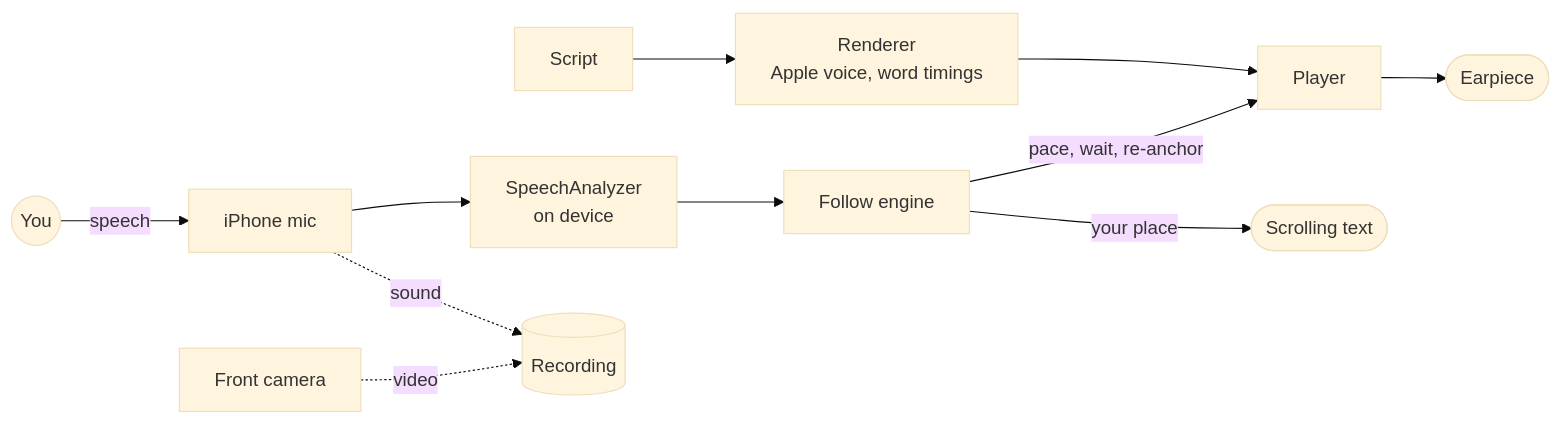
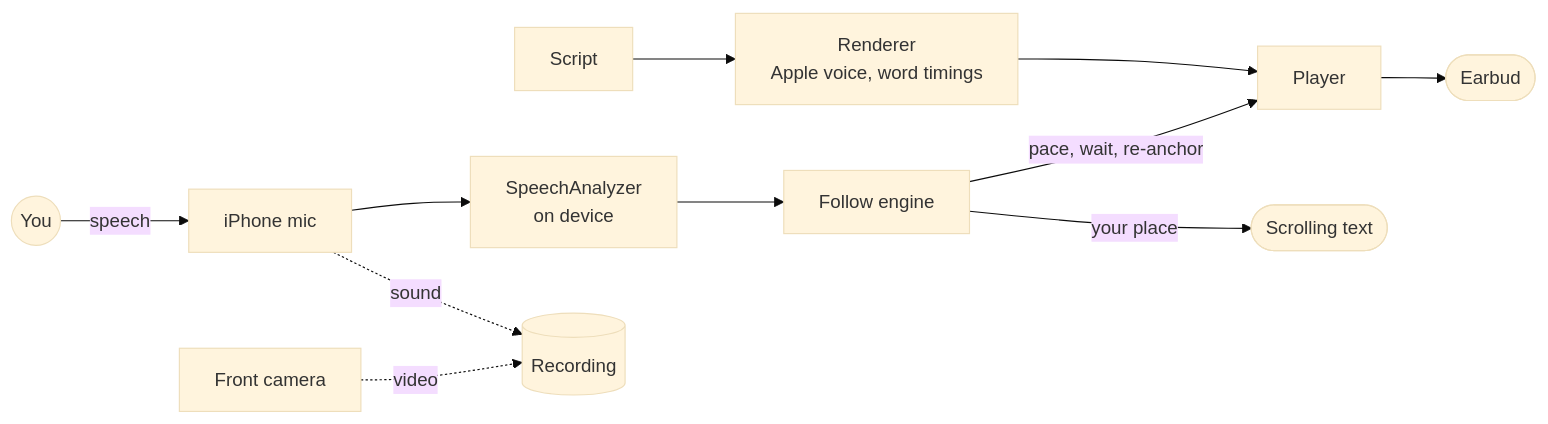
Before and after one commit to bowerhaus/Earwig: the diagram in README.md, drawn with Mermaid (base theme). The commit also changed other lines of this file and 2 other files, not shown here.

Commit message:
README in Andy's voice, with his What it's for; earbud, not earpiece

````diff
--- a/README.md
+++ b/README.md
@@ -27,13 +23,13 @@
 ```mermaid
 flowchart LR
     script[Script] --> renderer["Renderer<br/>Apple voice, word timings"]
     renderer --> player[Player]
-    player --> earpiece([Earpiece])
+    player --> earbud([Earbud])
     you((You)) -- speech --> mic[iPhone mic]
     mic --> analyzer["SpeechAnalyzer<br/>on device"]
     analyzer --> engine[Follow engine]
     engine -- "pace, wait, re-anchor" --> player
     engine -- your place --> text([Scrolling text])
     mic -. sound .-> recording[(Recording)]
     camera[Front camera] -. video .-> recording
 ```
````
